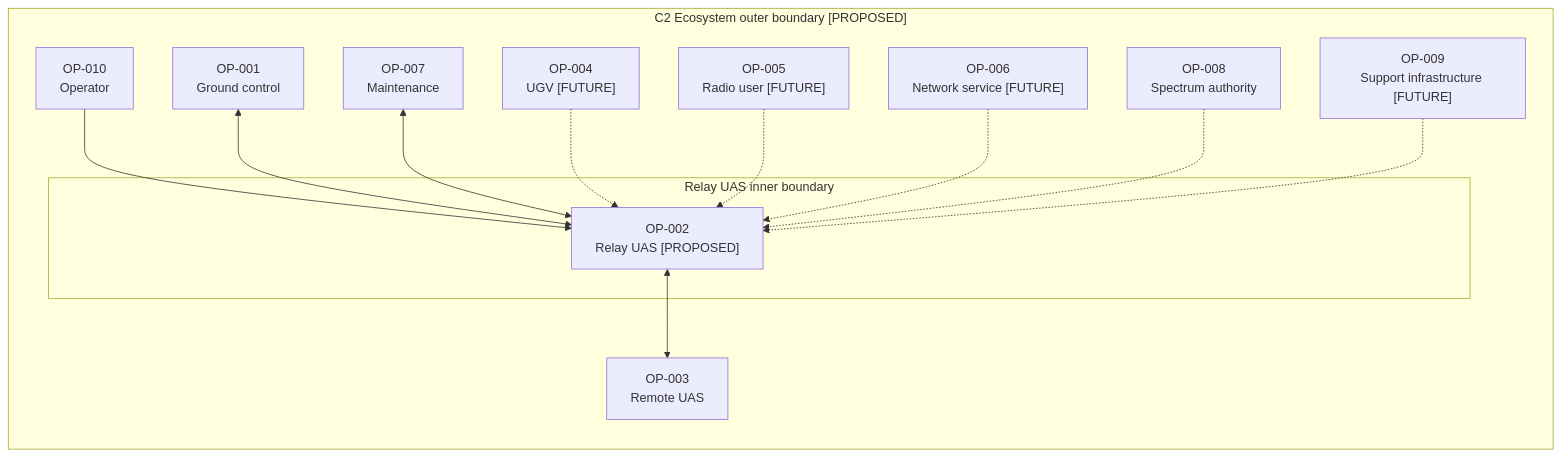
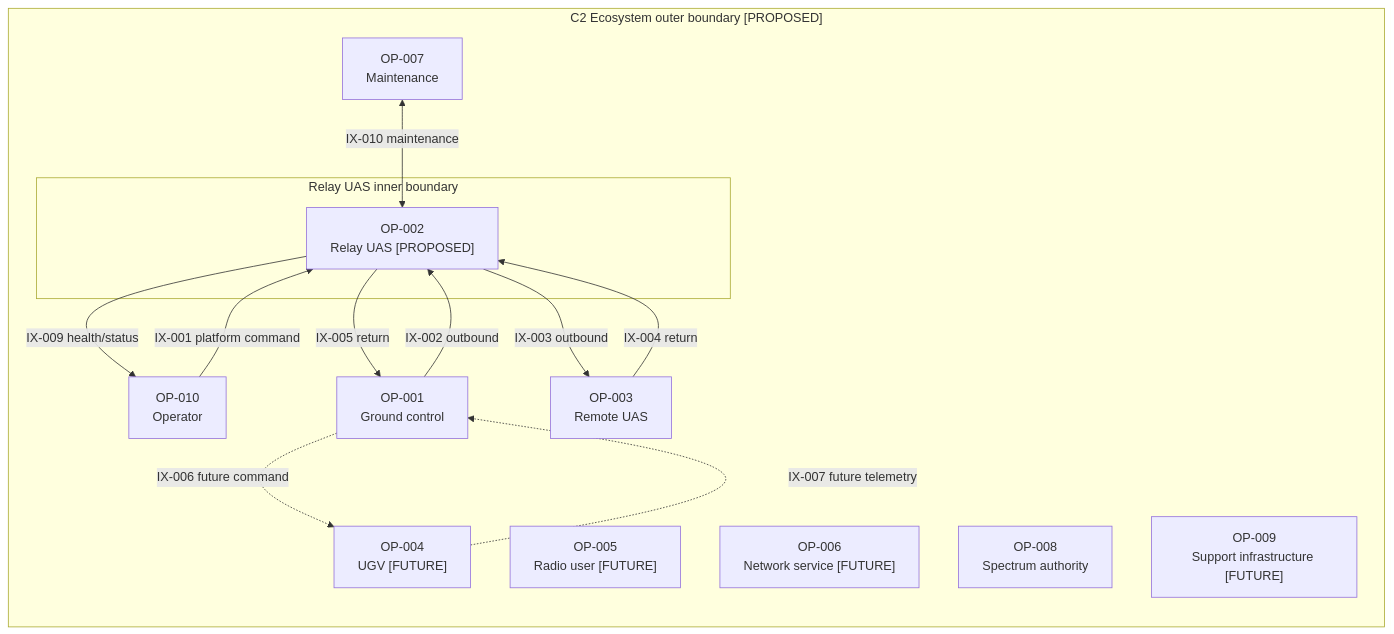
Before and after one commit to noahstephenson/low-cost-relay-uas: the third of 13 diagrams in architecture.md, drawn with Mermaid. The commit also changed other lines of this file and 11 other files, not shown here.

````diff
--- a/architecture.md
+++ b/architecture.md
@@ -93,27 +117,27 @@
 ```mermaid
 flowchart LR
     %% Configuration scope: CFG-SOS context - CFG-REP / CFG-DOM / CFG-DIG inner constituent
     subgraph OUTER["C2 Ecosystem outer boundary [PROPOSED]"]
         OP_010["OP-010<br/>Operator"]
         OP_001["OP-001<br/>Ground control"]
         OP_003["OP-003<br/>Remote UAS"]
         OP_004["OP-004<br/>UGV [FUTURE]"]
         OP_005["OP-005<br/>Radio user [FUTURE]"]
         OP_006["OP-006<br/>Network service [FUTURE]"]
         OP_007["OP-007<br/>Maintenance"]
         OP_008["OP-008<br/>Spectrum authority"]
         OP_009["OP-009<br/>Support infrastructure [FUTURE]"]
         subgraph INNER["Relay UAS inner boundary"]
             OP_002["OP-002<br/>Relay UAS [PROPOSED]"]
         end
     end
-    OP_010 --> OP_002
-    OP_001 <--> OP_002
-    OP_002 <--> OP_003
-    OP_007 <--> OP_002
-    OP_004 -.-> OP_002
-    OP_005 -.-> OP_002
-    OP_006 -.-> OP_002
-    OP_008 -.-> OP_002
-    OP_009 -.-> OP_002
+    OP_010 -->|"IX-001 platform command"| OP_002
+    OP_002 -->|"IX-009 health/status"| OP_010
+    OP_001 -->|"IX-002 outbound"| OP_002
+    OP_002 -->|"IX-003 outbound"| OP_003
+    OP_003 -->|"IX-004 return"| OP_002
+    OP_002 -->|"IX-005 return"| OP_001
+    OP_007 <-->|"IX-010 maintenance"| OP_002
+    OP_001 -.->|"IX-006 future command"| OP_004
+    OP_004 -.->|"IX-007 future telemetry"| OP_001
 ```
````
